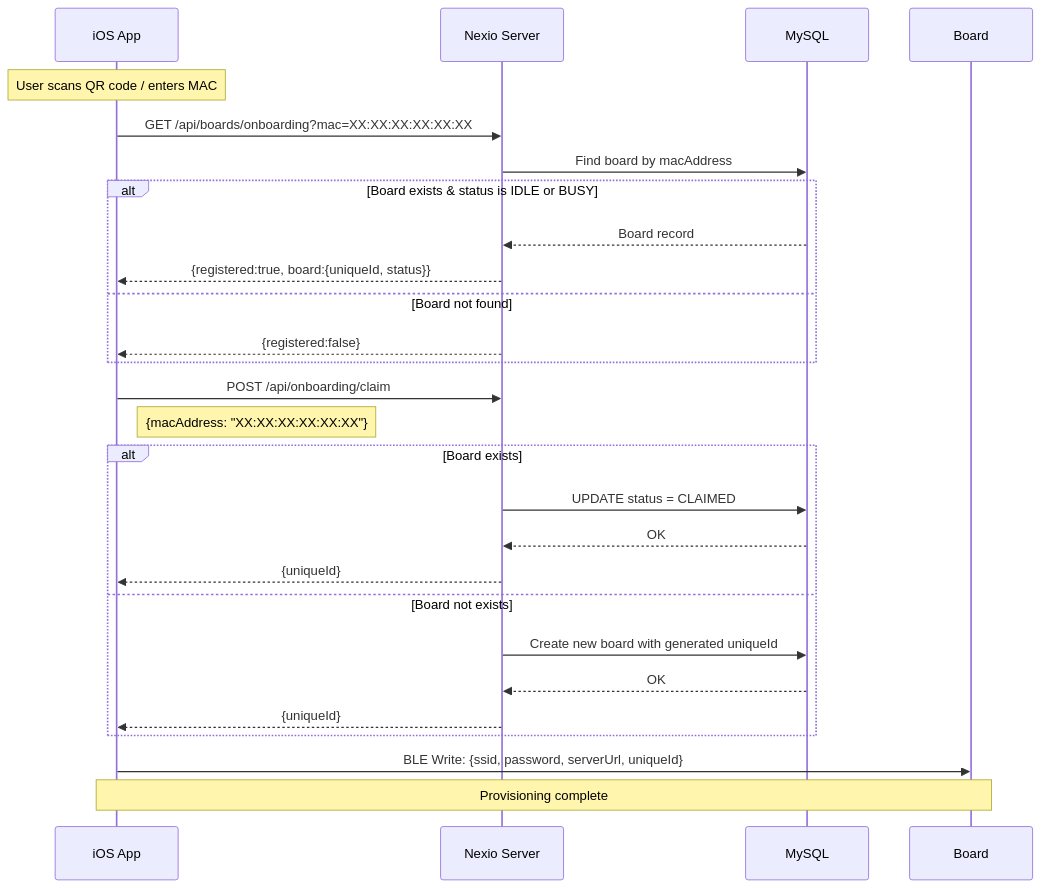
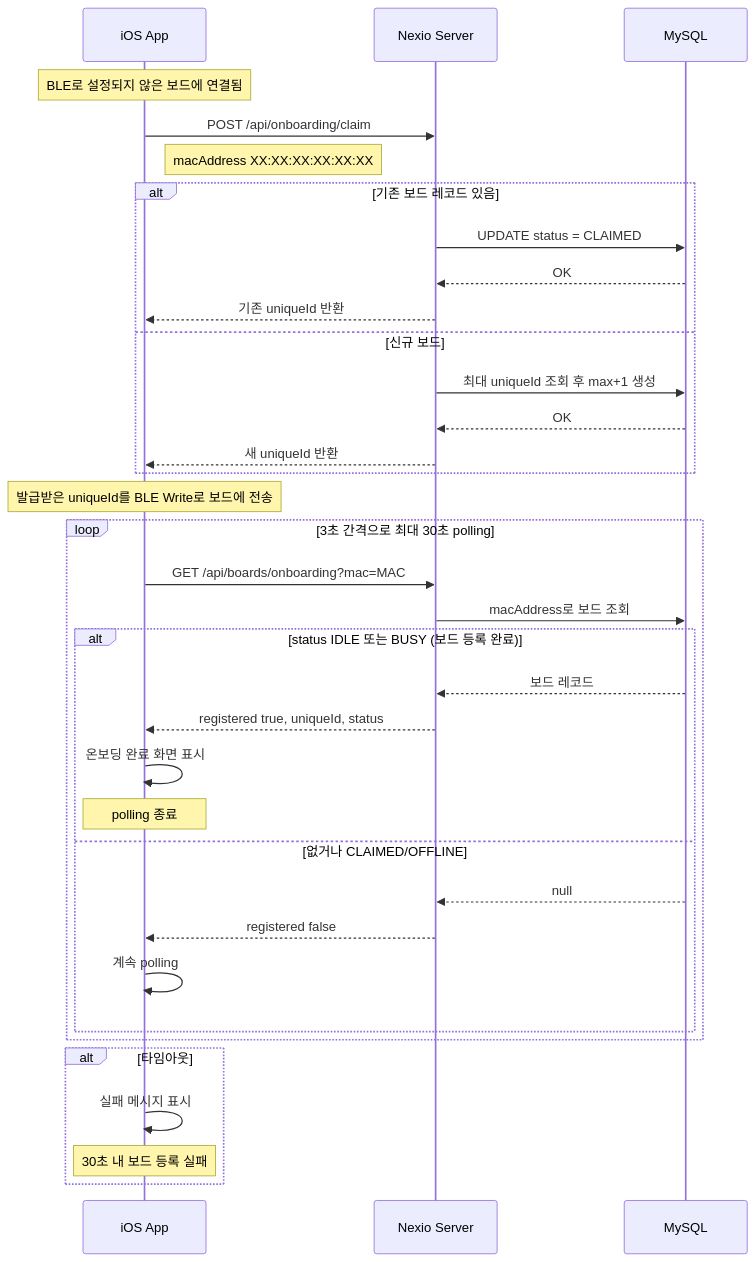
The eighth of 9 diagrams in docs/communication-sequence.md (hyunu/nexio), drawn with Mermaid before and after one commit. The commit also changed other lines of this file and 19 other files, not shown here.

````diff
--- a/docs/communication-sequence.md
+++ b/docs/communication-sequence.md
@@ -180,33 +327,44 @@
 ```mermaid
 sequenceDiagram
-    participant App as iOS App
+    participant Phone as iOS App
     participant Server as Nexio Server
-    participant Database as MySQL
+    participant DB as MySQL
 
-    Note over App: User scans QR code / enters MAC
+    Note over Phone: BLE로 설정되지 않은 보드에 연결됨
 
-    App->>Server: GET /api/boards/onboarding?mac=XX:XX:XX:XX:XX:XX
-    Server->>Database: Find board by macAddress
-    alt Board exists & status is IDLE or BUSY
-        Database-->>Server: Board record
-        Server-->>App: {registered:true, board:{uniqueId, status}}
-    else Board not found
-        Server-->>App: {registered:false}
+    Phone->>Server: POST /api/onboarding/claim
+    Note right of Phone: macAddress XX:XX:XX:XX:XX:XX
+
+    alt 기존 보드 레코드 있음
+        Server->>DB: UPDATE status = CLAIMED
+        DB-->>Server: OK
+        Server-->>Phone: 기존 uniqueId 반환
+    else 신규 보드
+        Server->>DB: 최대 uniqueId 조회 후 max+1 생성
+        DB-->>Server: OK
+        Server-->>Phone: 새 uniqueId 반환
     end
 
-    App->>Server: POST /api/onboarding/claim
-    Note right of App: {macAddress: "XX:XX:XX:XX:XX:XX"}
+    Note over Phone: 발급받은 uniqueId를 BLE Write로 보드에 전송
 
-    alt Board exists
-        Server->>Database: UPDATE status = CLAIMED
-        Database-->>Server: OK
-        Server-->>App: {uniqueId}
-    else Board not exists
-        Server->>Database: Create new board with generated uniqueId
-        Database-->>Server: OK
-        Server-->>App: {uniqueId}
+    loop 3초 간격으로 최대 30초 polling
+        Phone->>Server: GET /api/boards/onboarding?mac=MAC
+        Server->>DB: macAddress로 보드 조회
+
+        alt status IDLE 또는 BUSY (보드 등록 완료)
+            DB-->>Server: 보드 레코드
+            Server-->>Phone: registered true, uniqueId, status
+            Phone->>Phone: 온보딩 완료 화면 표시
+            Note over Phone: polling 종료
+        else 없거나 CLAIMED/OFFLINE
+            DB-->>Server: null
+            Server-->>Phone: registered false
+            Phone->>Phone: 계속 polling
+        end
     end
 
-    App->>Board: BLE Write: {ssid, password, serverUrl, uniqueId}
-    Note over App,Board: Provisioning complete
+    alt 타임아웃
+        Phone->>Phone: 실패 메시지 표시
+        Note over Phone: 30초 내 보드 등록 실패
+    end
 ```
````
